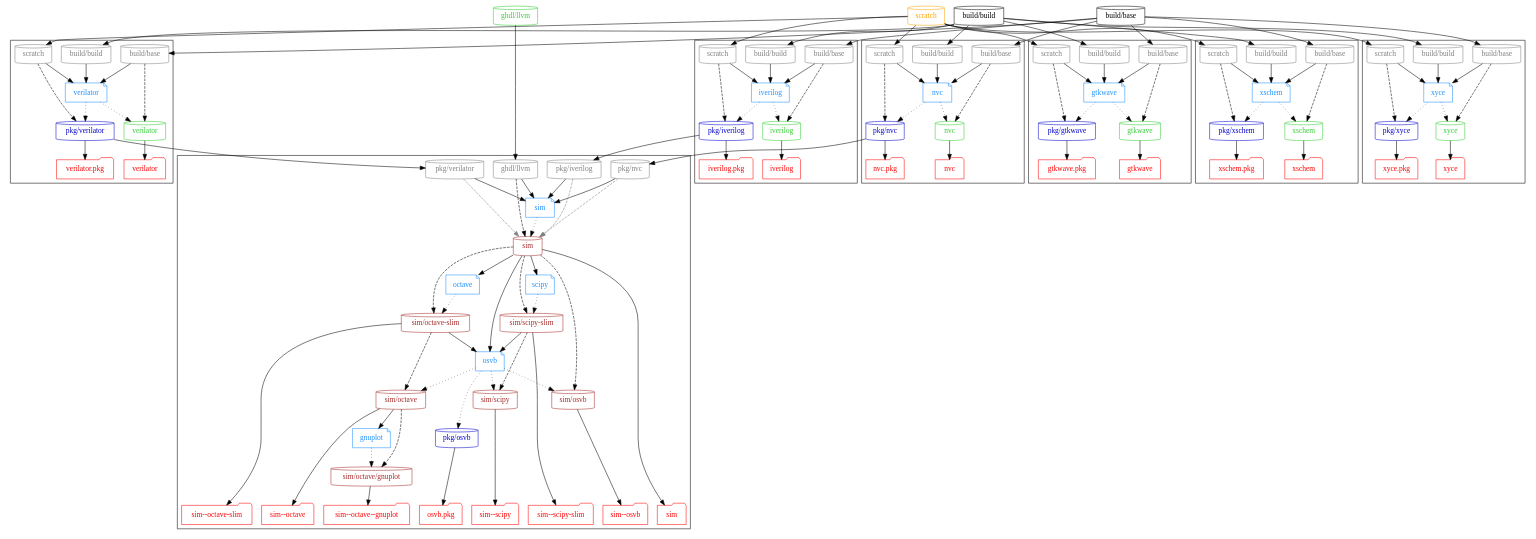
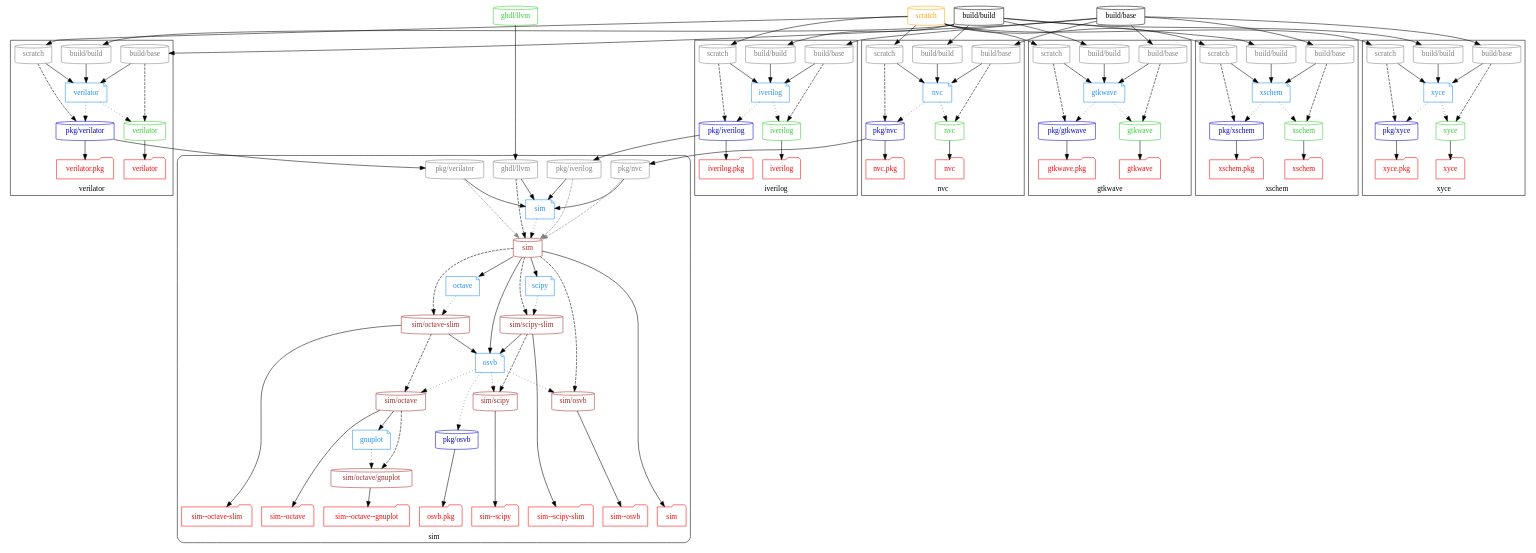
Before and after one commit to hdl/containers: the diagram in doc/graph/sim.dot, drawn with Graphviz. The commit also changed 43 other files, not shown here.

```diff
--- a/doc/graph/sim.dot
+++ b/doc/graph/sim.dot
@@ -23,6 +23,7 @@
 
   #splines=polyline; #curved
   newrank=true;
+  labelloc="b";
 
   # Dockerfiles
 
@@ -90,6 +91,8 @@
   # Workflows
 
   subgraph cluster_gtkwave {
+    label = "gtkwave";
+
     { rank=same
       node [shape=cylinder, color=grey, fontcolor=grey]
       "p_gtkwave_build/build" [label="build/build"]
@@ -110,6 +113,8 @@
   }
 
   subgraph cluster_iverilog {
+    label = "iverilog";
+
     { rank=same
       node [shape=cylinder, color=grey, fontcolor=grey]
       "p_iverilog_build/build" [label="build/build"]
@@ -133,6 +138,8 @@
   }
 
   subgraph cluster_nvc {
+    label = "nvc";
+
     { rank=same
       node [shape=cylinder, color=grey, fontcolor=grey]
       "p_nvc_build/build" [label="build/build"]
@@ -153,6 +160,8 @@
   }
 
   subgraph cluster_verilator {
+    label = "verilator";
+
     { rank=same
       node [shape=cylinder, color=grey, fontcolor=grey]
       "p_verilator_build/build" [label="build/build"]
@@ -176,6 +185,9 @@
   }
 
   subgraph cluster_sim {
+    label = "sim";
+    style = "rounded";
+
     { rank=same
       node [shape=cylinder, color=grey, fontcolor=grey]
       "p_sim_ghdl/llvm" [label="ghdl/llvm"]
@@ -226,6 +238,8 @@
   }
 
   subgraph cluster_xschem {
+    label = "xschem";
+
     { rank=same
       node [shape=cylinder, color=grey, fontcolor=grey]
       "p_xschem_build/build" [label="build/build"]
@@ -249,6 +263,8 @@
   }
 
   subgraph cluster_xyce {
+    label = "xyce";
+
     { rank=same
       node [shape=cylinder, color=grey, fontcolor=grey]
       "p_xyce_build/build" [label="build/build"]
```
